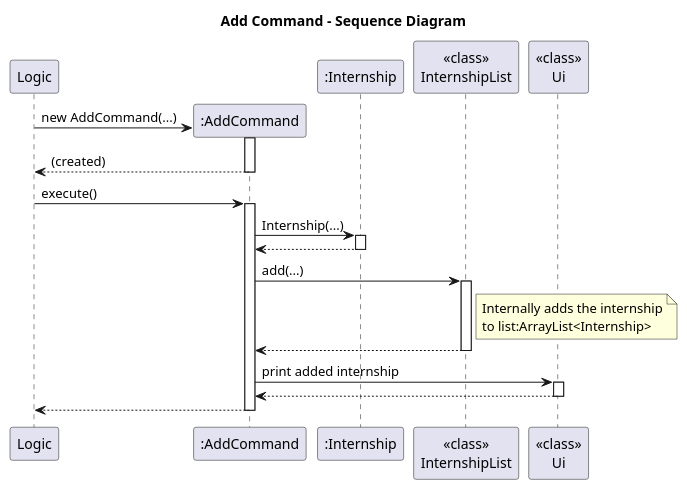
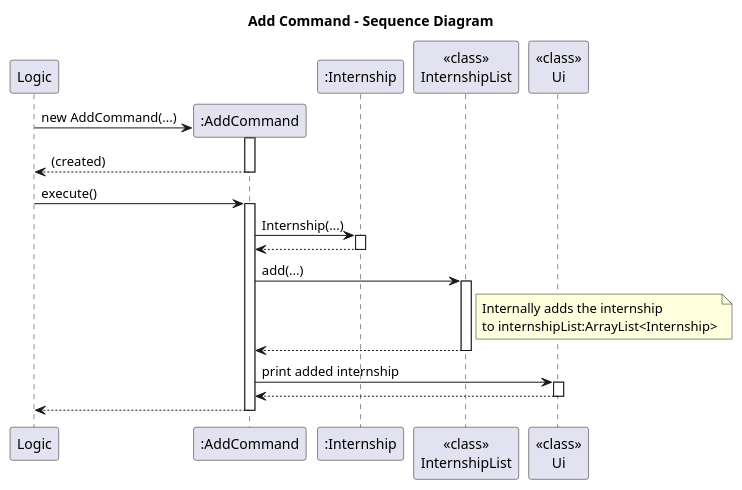
One commit to BenyAlbatross/tp changed the diagram in docs/diagrams/AddCommandSD.puml. Above: the diagram before and after it, drawn with PlantUML. The commit also changed 1 other file, not shown here.

Commit message:
Update UML again

```diff
--- a/docs/diagrams/AddCommandSD.puml
+++ b/docs/diagrams/AddCommandSD.puml
@@ -1,34 +1,34 @@
 @startuml
 title Add Command - Sequence Diagram
 participant Logic
 create ":AddCommand" as AC
 participant ":Internship" as IN
 participant "<<class>>\nInternshipList" as IL
 participant "<<class>>\nUi" as Ui
 
 Logic-> AC**: new AddCommand(...)
 activate AC
 return (created)
 
 Logic-> AC: execute()
 activate AC
 
 AC -> IN: Internship(...)
 activate IN
 IN --> AC
 deactivate IN
 
 AC -> IL: add(...)
 activate IL
-note right of IL: Internally adds the internship\nto list:ArrayList<Internship>
+note right of IL: Internally adds the internship\nto internshipList:ArrayList<Internship>
 IL --> AC
 deactivate IL
 
 AC -> Ui: print added internship
 activate Ui
 Ui --> AC
 deactivate Ui
 
 AC -->Logic
 deactivate AC
 @enduml
```
